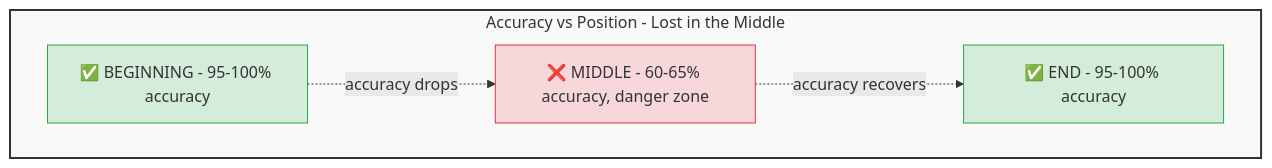
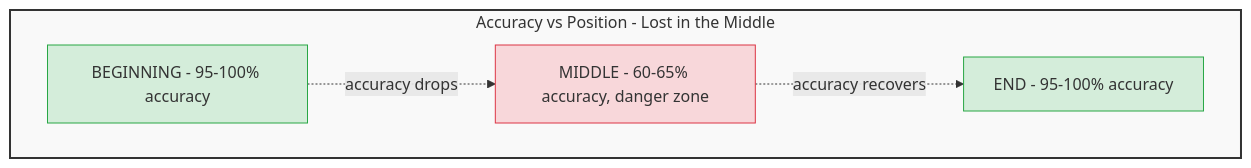
One commit to ithinktavo/GenAI-Engineering-Handbook changed the second of 4 diagrams in docs/12-context-risks.md. Above: the diagram before and after it, drawn with Mermaid. The commit also changed other lines of this file and 10 other files, not shown here.

Commit message:
Diagram updates

````diff
--- a/docs/12-context-risks.md
+++ b/docs/12-context-risks.md
@@ -101,16 +101,16 @@
 ```mermaid
 graph LR
     subgraph chart["Accuracy vs Position - Lost in the Middle"]
         direction LR
-        B["✅ BEGINNING - 95-100% accuracy"]
-        M["❌ MIDDLE - 60-65% accuracy, danger zone"]
-        E["✅ END - 95-100% accuracy"]
+        B["BEGINNING - 95-100% accuracy"]
+        M["MIDDLE - 60-65% accuracy, danger zone"]
+        E["END - 95-100% accuracy"]
 
         B -.->|"accuracy drops"| M -.->|"accuracy recovers"| E
     end
 
     style B fill:#d4edda,stroke:#28a745
     style M fill:#f8d7da,stroke:#dc3545
     style E fill:#d4edda,stroke:#28a745
     style chart fill:#f9f9f9,stroke:#333,stroke-width:2px
 ```
````
